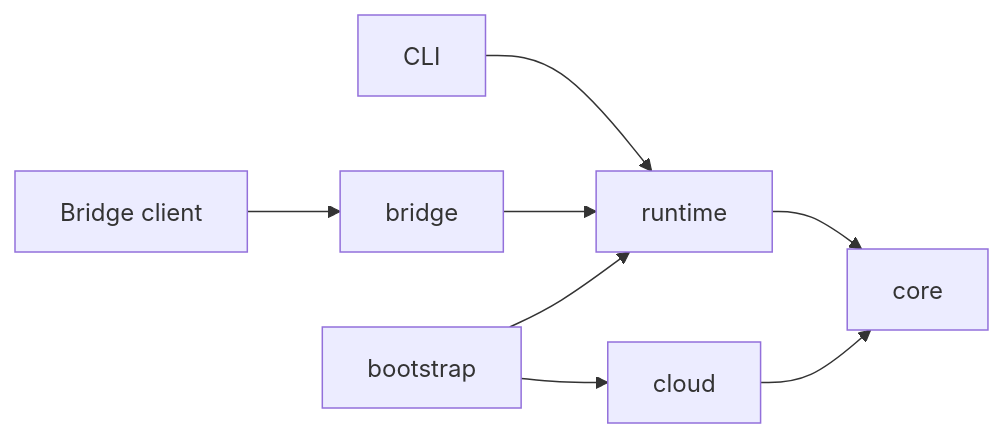
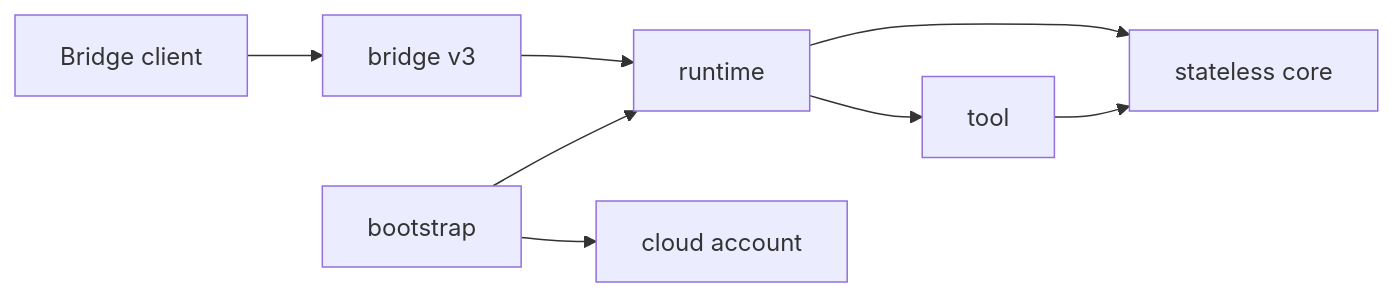
One commit to AetherHeart-AI/Aeloon-runtime changed the diagram in docs/architecture.md. Above: the diagram before and after it, drawn with Mermaid. The commit also changed other lines of this file and 7 other files, not shown here.

Commit message:
docs(release): document 0.4 architecture and migration

````diff
--- a/docs/architecture.md
+++ b/docs/architecture.md
@@ -5,10 +5,10 @@
 ```mermaid
 flowchart LR
-    CLI["CLI"] --> Runtime["runtime"]
-    Client["Bridge client"] --> Bridge["bridge"]
-    Bridge --> Runtime
-    Runtime --> Core["core"]
-    Cloud["cloud"] --> Core
+    Client["Bridge client"] --> Bridge["bridge v3"]
+    Bridge --> Runtime["runtime"]
+    Runtime --> Core["stateless core"]
+    Runtime --> Tool["tool"]
+    Tool --> Core
     Bootstrap["bootstrap"] --> Runtime
-    Bootstrap --> Cloud
+    Bootstrap --> Cloud["cloud account"]
 ```
````
